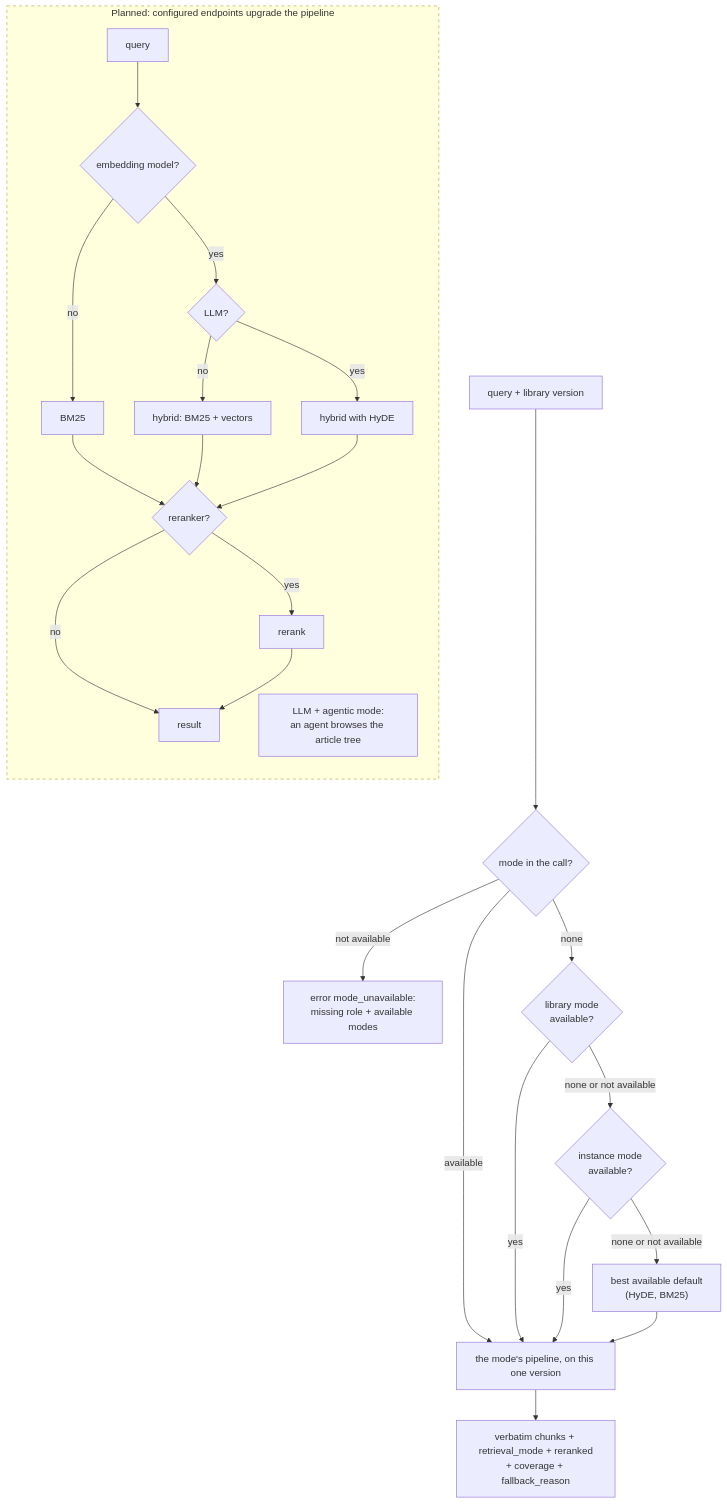
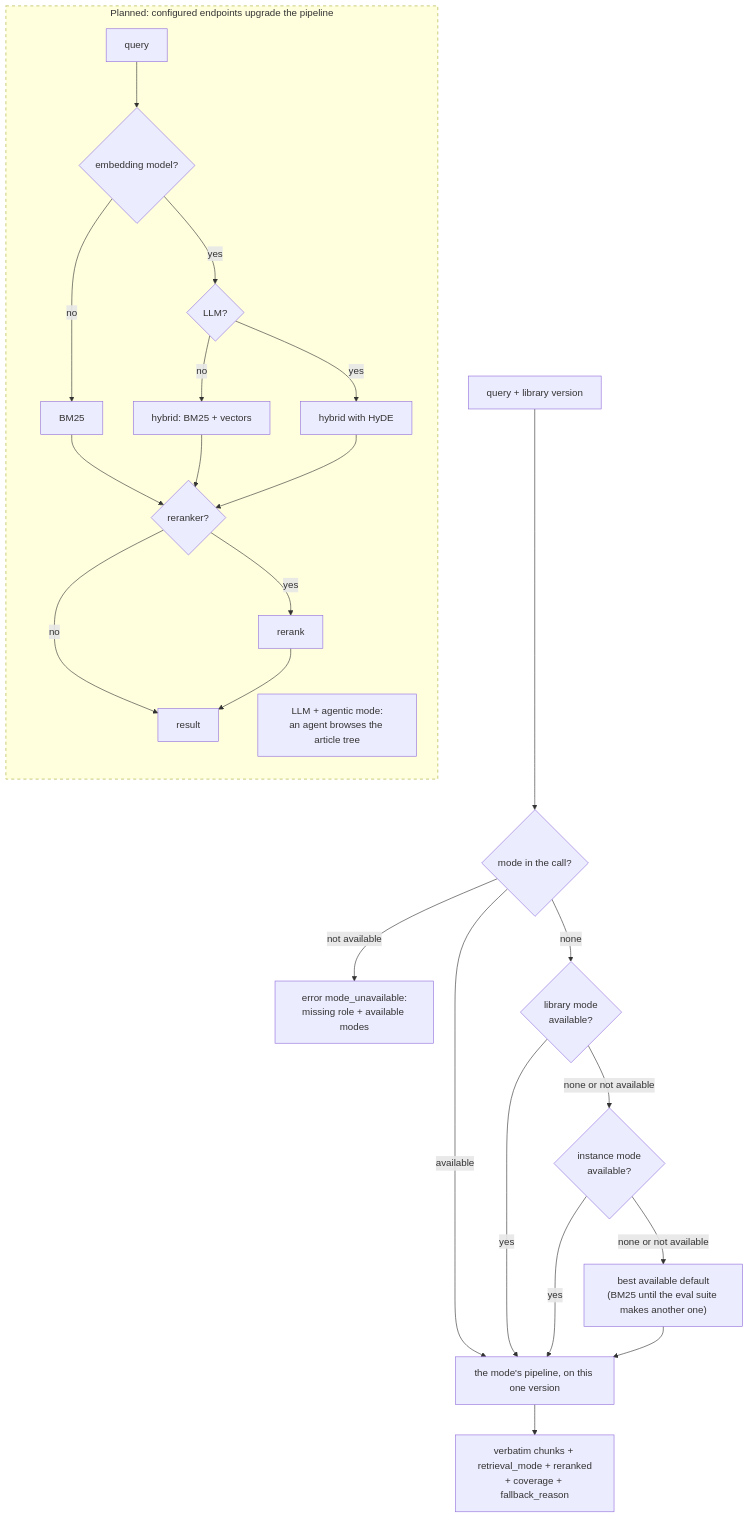
Before and after one commit to SirCypkowskyy/ExactDocs: the fourth of 5 diagrams in docs/flows.md, drawn with Mermaid. The commit also changed 21 other files, not shown here.

````diff
--- a/docs/flows.md
+++ b/docs/flows.md
@@ -160,30 +160,30 @@
 ```mermaid
 flowchart TD
     q["query + library version"] --> asked{"mode in the call?"}
     asked -->|"available"| run
     asked -->|"not available"| err["error mode_unavailable:<br/>missing role + available modes"]
     asked -->|"none"| lib{"library mode<br/>available?"}
     lib -->|yes| run
     lib -->|"none or not available"| inst{"instance mode<br/>available?"}
     inst -->|yes| run
-    inst -->|"none or not available"| best["best available default<br/>(HyDE, BM25)"]
+    inst -->|"none or not available"| best["best available default<br/>(BM25 until the eval suite makes another one)"]
     best --> run
     run["the mode's pipeline, on this one version"] --> out["verbatim chunks + retrieval_mode + reranked<br/>+ coverage + fallback_reason"]
 
     subgraph planned ["Planned: configured endpoints upgrade the pipeline"]
         direction TB
         start["query"] --> emb
         emb{"embedding model?"} -->|no| bm25p["BM25"]
         emb -->|yes| llm{"LLM?"}
         llm -->|no| hyb["hybrid: BM25 + vectors"]
         llm -->|yes| hyde["hybrid with HyDE"]
         bm25p --> rr
         hyb --> rr
         hyde --> rr
         rr{"reranker?"} -->|yes| rerank["rerank"]
         rr -->|no| done["result"]
         rerank --> done
         agentic["LLM + agentic mode:<br/>an agent browses the article tree"]
     end
     style planned stroke-dasharray: 5 5
 ```
````
